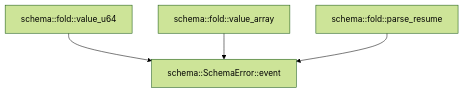
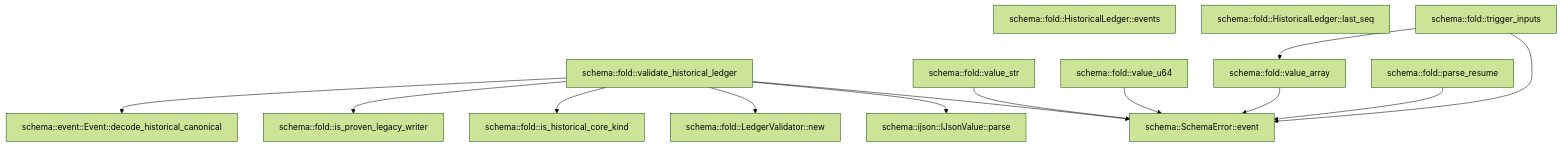
Before and after one commit to TekesApps/TekesKernel: the second of 2 diagrams in crates/schema/docs/generated/src--fold.md, drawn with Mermaid (forest theme). The commit also changed other lines of this file and 48 other files, not shown here.

````diff
--- a/crates/schema/docs/generated/src--fold.md
+++ b/crates/schema/docs/generated/src--fold.md
@@ -153,10 +165,29 @@
 ```mermaid
 flowchart TD
-  n0["schema::fold::value_u64"]
-  n1["schema::fold::value_array"]
-  n2["schema::fold::parse_resume"]
-  n3["schema::SchemaError::event"]
-  n0 --> n3
-  n1 --> n3
-  n2 --> n3
+  n0["schema::event::Event::decode_historical_canonical"]
+  n1["schema::fold::HistoricalLedger::events"]
+  n2["schema::fold::HistoricalLedger::last_seq"]
+  n3["schema::fold::is_proven_legacy_writer"]
+  n4["schema::fold::is_historical_core_kind"]
+  n5["schema::fold::validate_historical_ledger"]
+  n6["schema::fold::trigger_inputs"]
+  n7["schema::fold::value_str"]
+  n8["schema::fold::value_u64"]
+  n9["schema::fold::value_array"]
+  n10["schema::fold::parse_resume"]
+  n11["schema::fold::LedgerValidator::new"]
+  n12["schema::ijson::IJsonValue::parse"]
+  n13["schema::SchemaError::event"]
+  n5 --> n0
+  n5 --> n3
+  n5 --> n4
+  n5 --> n11
+  n5 --> n12
+  n5 --> n13
+  n6 --> n9
+  n6 --> n13
+  n7 --> n13
+  n8 --> n13
+  n9 --> n13
+  n10 --> n13
 ```
````
